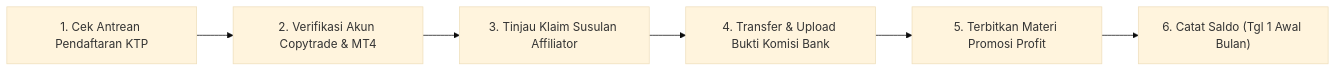
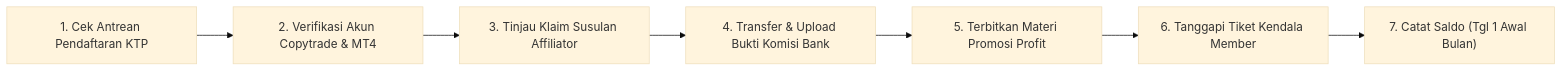
Before and after one commit to fransgabrielhutauruk/yzd-center: the diagram in docs/manual-book/panduan-admin-ringkas.md, drawn with Mermaid (base theme). The commit also changed other lines of this file and 42 other files, not shown here.

````diff
--- a/docs/manual-book/panduan-admin-ringkas.md
+++ b/docs/manual-book/panduan-admin-ringkas.md
@@ -10,8 +10,9 @@
 ```mermaid
 flowchart LR
     A["1. Cek Antrean Pendaftaran KTP"] --> B["2. Verifikasi Akun Copytrade & MT4"]
     B --> C["3. Tinjau Klaim Susulan Affiliator"]
     C --> D["4. Transfer & Upload Bukti Komisi Bank"]
     D --> E["5. Terbitkan Materi Promosi Profit"]
-    E --> F["6. Catat Saldo (Tgl 1 Awal Bulan)"]
+    E --> F["6. Tanggapi Tiket Kendala Member"]
+    F --> G["7. Catat Saldo (Tgl 1 Awal Bulan)"]
 ```
````
